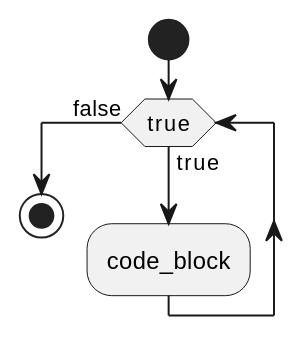
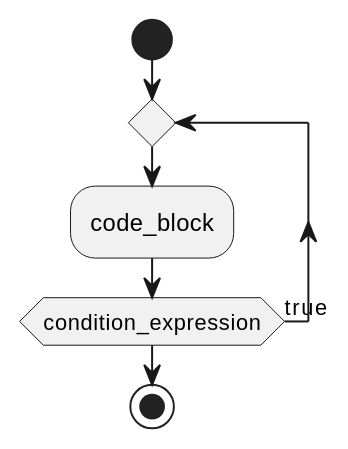
Before and after one commit to GeneralSandman/Ring: the diagram in doc/markdown/控制语句do-while循环.md, drawn with PlantUML. The commit also changed other lines of this file and 12 other files, not shown here.

````diff
--- a/doc/markdown/控制语句do-while循环.md
+++ b/doc/markdown/控制语句do-while循环.md
@@ -55,15 +17,13 @@
 ```plantuml
 @startuml
 
-
 start
 
-
-while (true) is (true)
+repeat
   :code_block;
-endwhile (false)
+repeat while (condition_expression) is (true)
 
 stop
 
 @enduml
 ```
````
